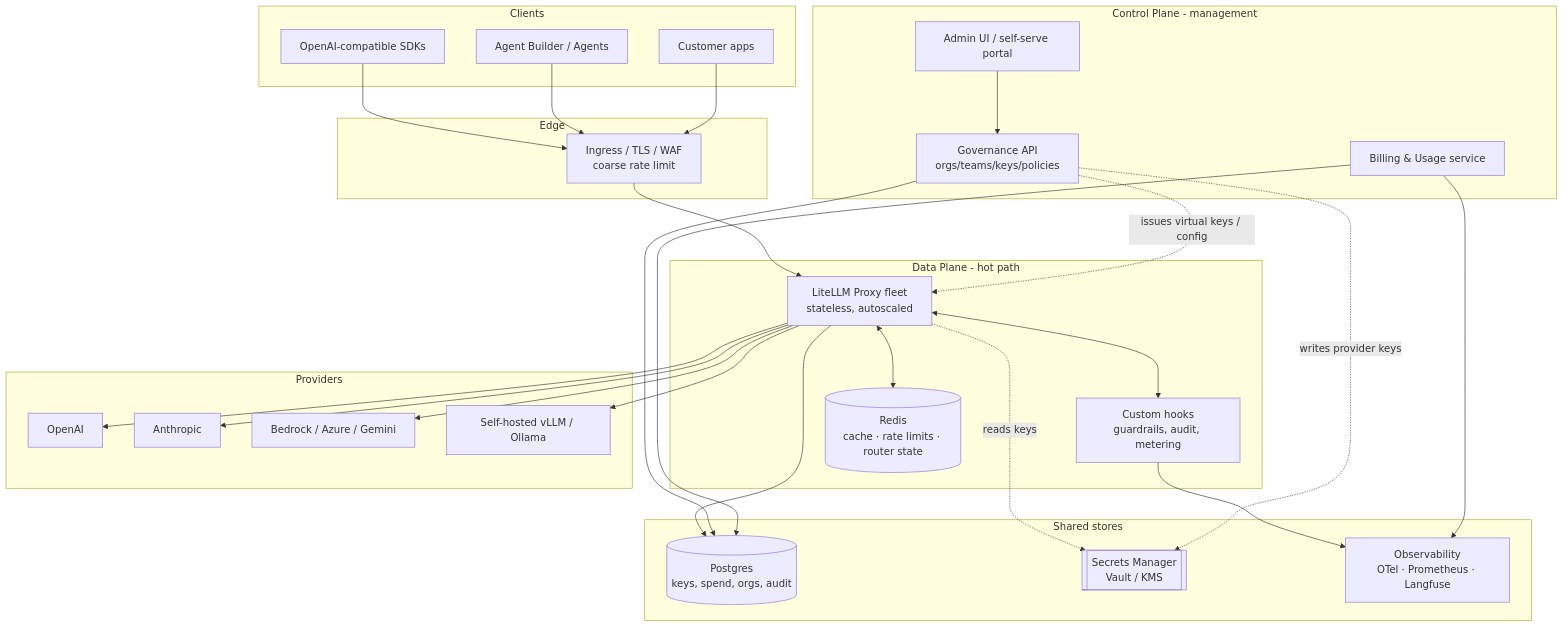
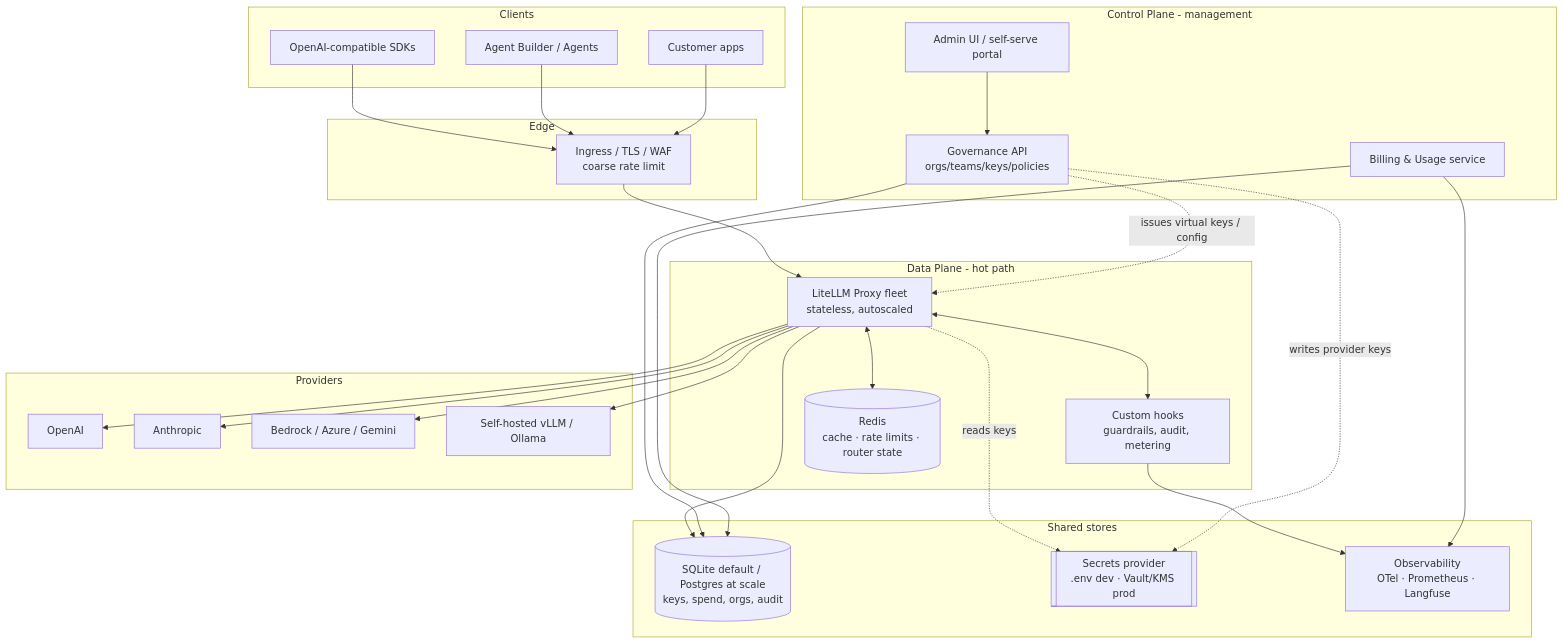
The first of 3 diagrams in doc/ai-gateway/system-design.md (yennanliu/ai-gateway), drawn with Mermaid before and after one commit. The commit also changed other lines of this file and 1 other file, not shown here.

First line of the commit message:
update system design for Vue/uv/SQLite/TDD; add implementation plan

````diff
--- a/doc/ai-gateway/system-design.md
+++ b/doc/ai-gateway/system-design.md
@@ -46,52 +49,52 @@
 ```mermaid
 flowchart TB
     subgraph Clients
         SDK[OpenAI-compatible SDKs]
         AB[Agent Builder / Agents]
         APP[Customer apps]
     end
 
     subgraph Edge
         LB[Ingress / TLS / WAF<br/>coarse rate limit]
     end
 
     subgraph DataPlane[Data Plane - hot path]
         PROXY[LiteLLM Proxy fleet<br/>stateless, autoscaled]
         HOOKS[Custom hooks<br/>guardrails, audit, metering]
         REDIS[(Redis<br/>cache · rate limits · router state)]
     end
 
     subgraph ControlPlane[Control Plane - management]
         ADMINAPI[Governance API<br/>orgs/teams/keys/policies]
         BILLING[Billing & Usage service]
         UI[Admin UI / self-serve portal]
     end
 
     subgraph Providers
         OAI[OpenAI]
         ANT[Anthropic]
         BR[Bedrock / Azure / Gemini]
         SELF[Self-hosted vLLM / Ollama]
     end
 
     subgraph Shared[Shared stores]
-        PG[(Postgres<br/>keys, spend, orgs, audit)]
-        SECRETS[[Secrets Manager<br/>Vault / KMS]]
+        PG[(SQLite default / Postgres at scale<br/>keys, spend, orgs, audit)]
+        SECRETS[[Secrets provider<br/>.env dev · Vault/KMS prod]]
         OBS[Observability<br/>OTel · Prometheus · Langfuse]
     end
 
     SDK & AB & APP --> LB --> PROXY
     PROXY <--> HOOKS
     PROXY <--> REDIS
     PROXY --> OAI & ANT & BR & SELF
     PROXY --> PG
     PROXY -. reads keys .-> SECRETS
     HOOKS --> OBS
 
     UI --> ADMINAPI
     ADMINAPI --> PG
     ADMINAPI -. writes provider keys .-> SECRETS
     ADMINAPI -. issues virtual keys / config .-> PROXY
     BILLING --> PG
     BILLING --> OBS
 ```
````
